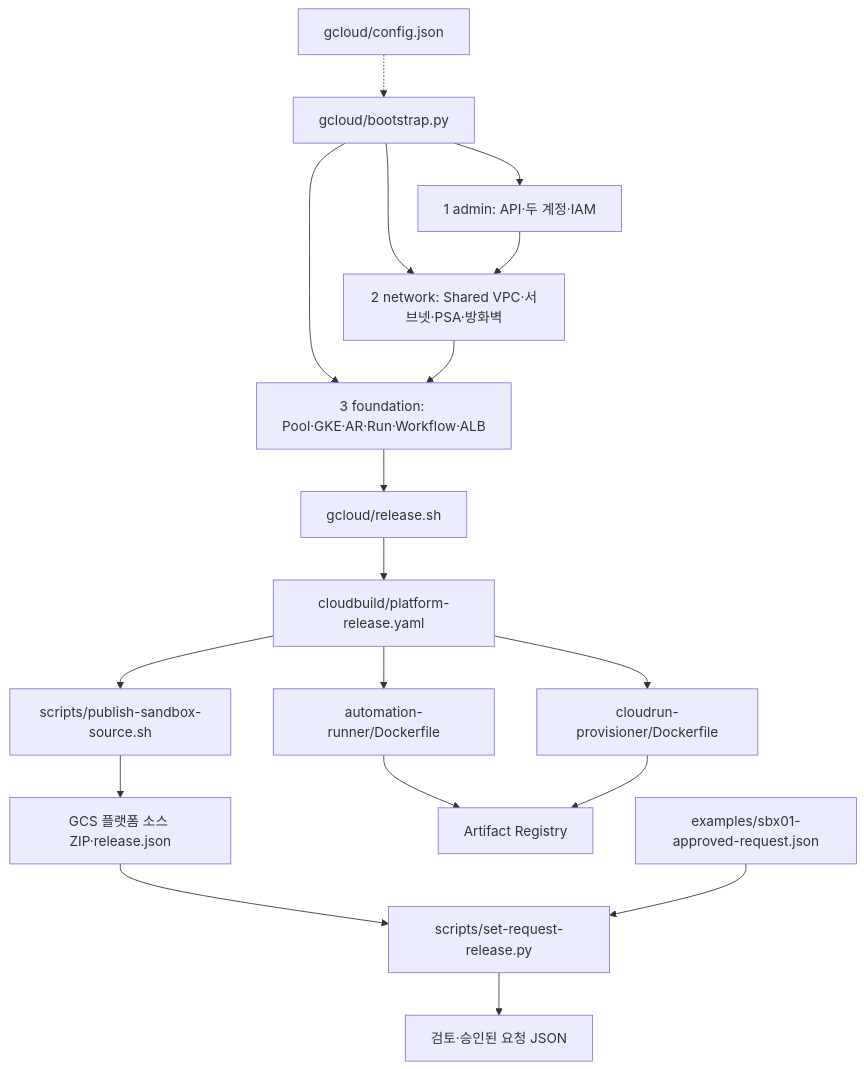
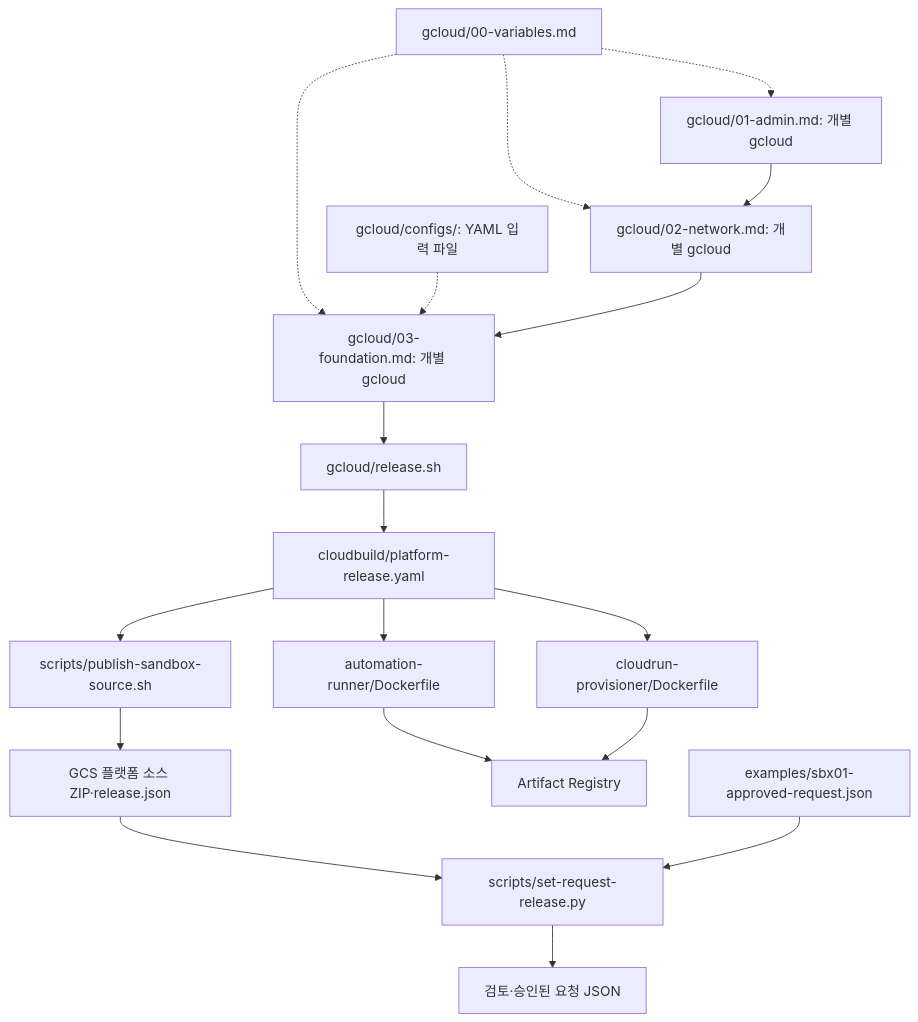
One commit to sonmap/GCP_SBX_Test01 changed the first of 4 diagrams in docs/file-relationships.md. Above: the diagram before and after it, drawn with Mermaid. The commit also changed 21 other files, not shown here.

````diff
--- a/docs/file-relationships.md
+++ b/docs/file-relationships.md
@@ -5,20 +5,20 @@
 ```mermaid
 flowchart TD
-  CFG["gcloud/config.json"] -.-> BOOT["gcloud/bootstrap.py"]
-  BOOT --> A["1 admin: API·두 계정·IAM"]
-  BOOT --> N["2 network: Shared VPC·서브넷·PSA·방화벽"]
-  BOOT --> F["3 foundation: Pool·GKE·AR·Run·Workflow·ALB"]
+  CFG["gcloud/00-variables.md"] -.-> A["gcloud/01-admin.md: 개별 gcloud"]
+  CFG -.-> N["gcloud/02-network.md: 개별 gcloud"]
+  CFG -.-> F["gcloud/03-foundation.md: 개별 gcloud"]
+  Y["gcloud/configs/: YAML 입력 파일"] -.-> F
   A --> N
   N --> F
   F --> REL["gcloud/release.sh"]
   REL --> YAML["cloudbuild/platform-release.yaml"]
   YAML --> RD["automation-runner/Dockerfile"]
   YAML --> PD["cloudrun-provisioner/Dockerfile"]
   YAML --> ZIP["scripts/publish-sandbox-source.sh"]
   ZIP --> SRC["GCS 플랫폼 소스 ZIP·release.json"]
   RD --> AR["Artifact Registry"]
   PD --> AR
   SRC --> SET["scripts/set-request-release.py"]
   EX["examples/sbx01-approved-request.json"] --> SET
   SET --> APPROVED["검토·승인된 요청 JSON"]
 ```
````
